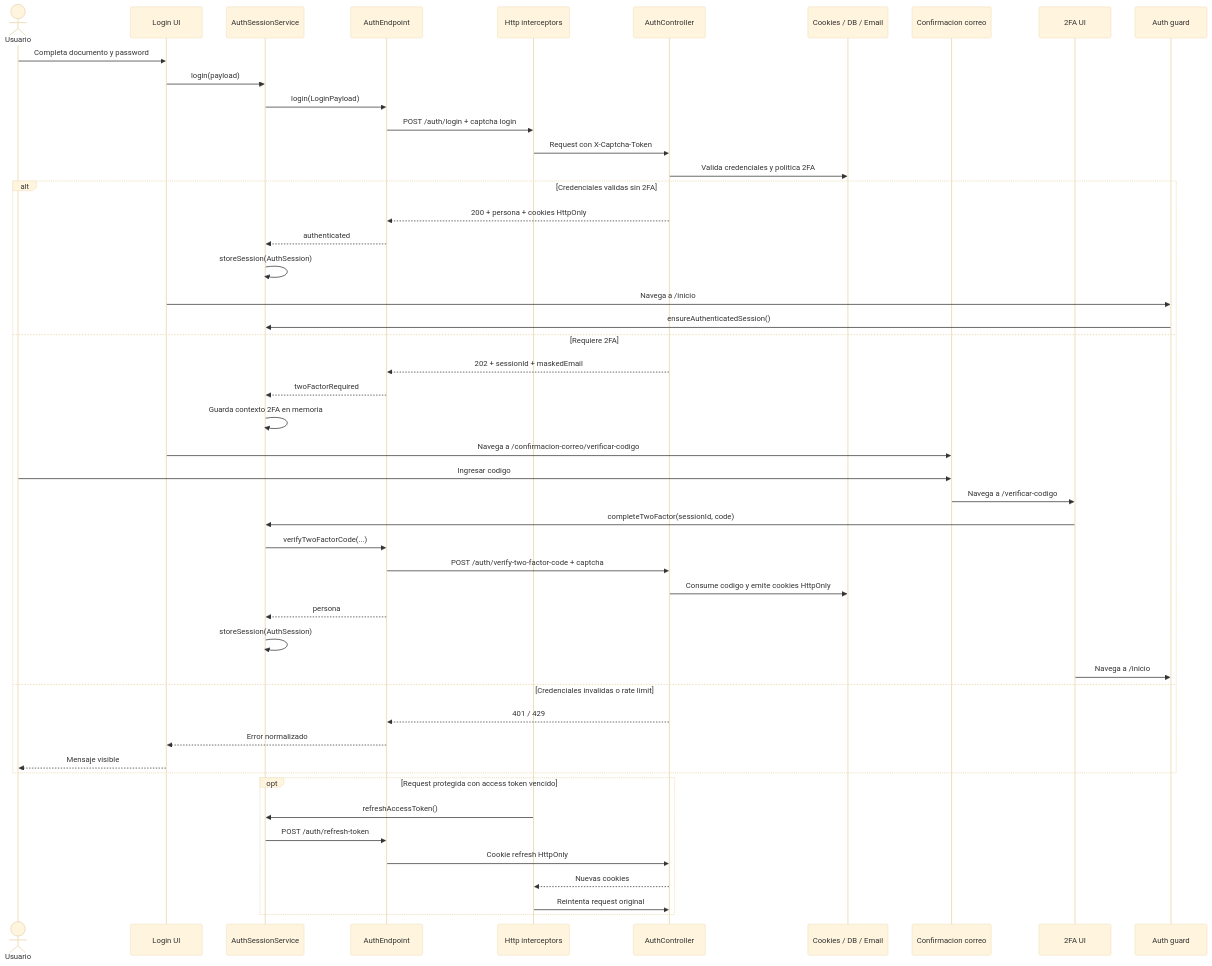
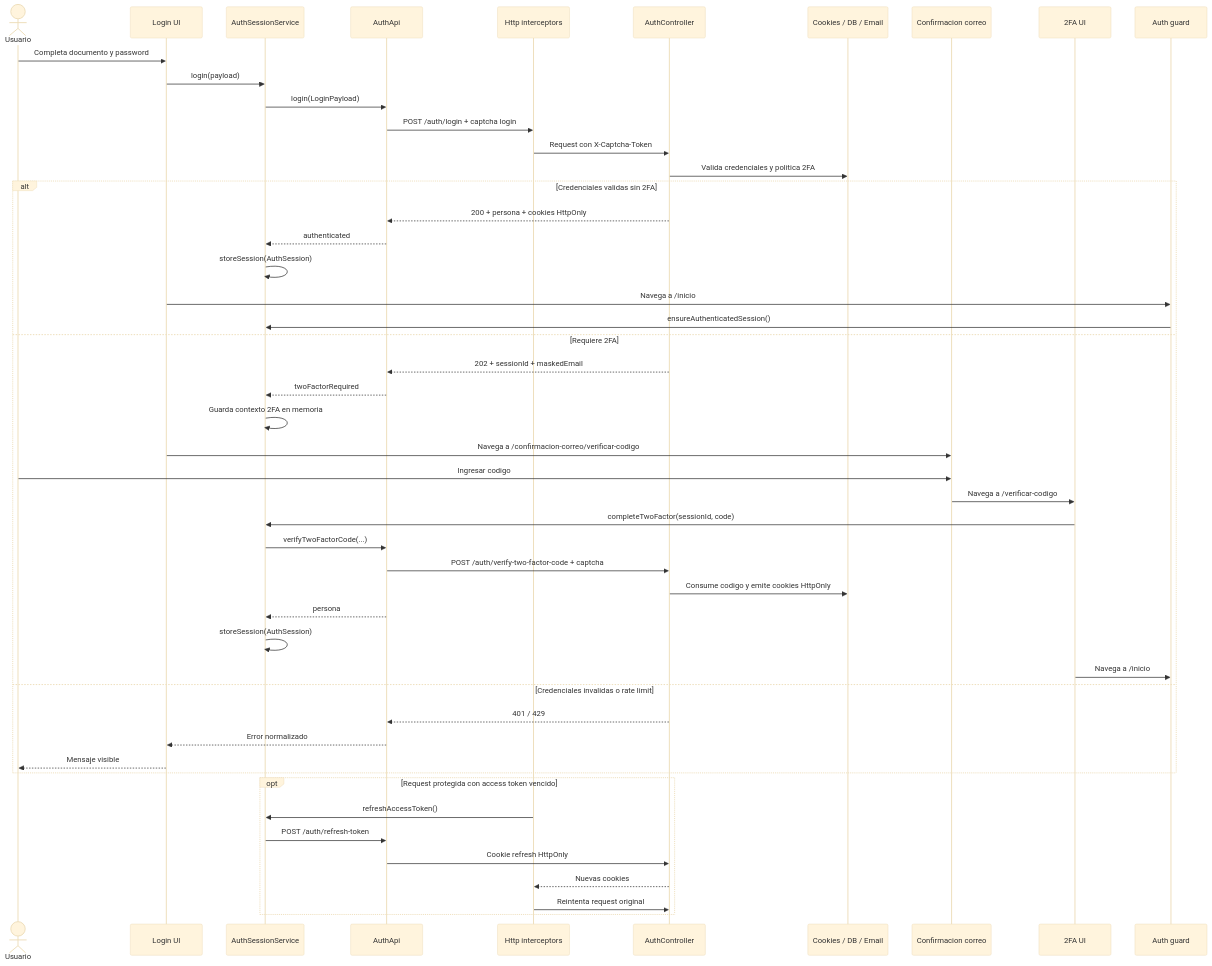
One commit to DesarrolloORT/admisiones-mono changed the diagram in docs/flujos/login.md. Above: the diagram before and after it, drawn with Mermaid (base theme). The commit also changed other lines of this file and 11 other files, not shown here.

````diff
--- a/docs/flujos/login.md
+++ b/docs/flujos/login.md
@@ -25,54 +25,54 @@
 ```mermaid
 sequenceDiagram
   actor U as Usuario
   participant L as Login UI
   participant S as AuthSessionService
-  participant A as AuthEndpoint
+  participant A as AuthApi
   participant I as Http interceptors
   participant API as AuthController
   participant D as Cookies / DB / Email
   participant C as Confirmacion correo
   participant T as 2FA UI
   participant G as Auth guard
 
   U->>L: Completa documento y password
   L->>S: login(payload)
   S->>A: login(LoginPayload)
   A->>I: POST /auth/login + captcha login
   I->>API: Request con X-Captcha-Token
   API->>D: Valida credenciales y politica 2FA
 
   alt Credenciales validas sin 2FA
     API-->>A: 200 + persona + cookies HttpOnly
     A-->>S: authenticated
     S->>S: storeSession(AuthSession)
     L->>G: Navega a /inicio
     G->>S: ensureAuthenticatedSession()
   else Requiere 2FA
     API-->>A: 202 + sessionId + maskedEmail
     A-->>S: twoFactorRequired
     S->>S: Guarda contexto 2FA en memoria
     L->>C: Navega a /confirmacion-correo/verificar-codigo
     U->>C: Ingresar codigo
     C->>T: Navega a /verificar-codigo
     T->>S: completeTwoFactor(sessionId, code)
     S->>A: verifyTwoFactorCode(...)
     A->>API: POST /auth/verify-two-factor-code + captcha
     API->>D: Consume codigo y emite cookies HttpOnly
     A-->>S: persona
     S->>S: storeSession(AuthSession)
     T->>G: Navega a /inicio
   else Credenciales invalidas o rate limit
     API-->>A: 401 / 429
     A-->>L: Error normalizado
     L-->>U: Mensaje visible
   end
 
   opt Request protegida con access token vencido
     I->>S: refreshAccessToken()
     S->>A: POST /auth/refresh-token
     A->>API: Cookie refresh HttpOnly
     API-->>I: Nuevas cookies
     I->>API: Reintenta request original
   end
 ```
````
